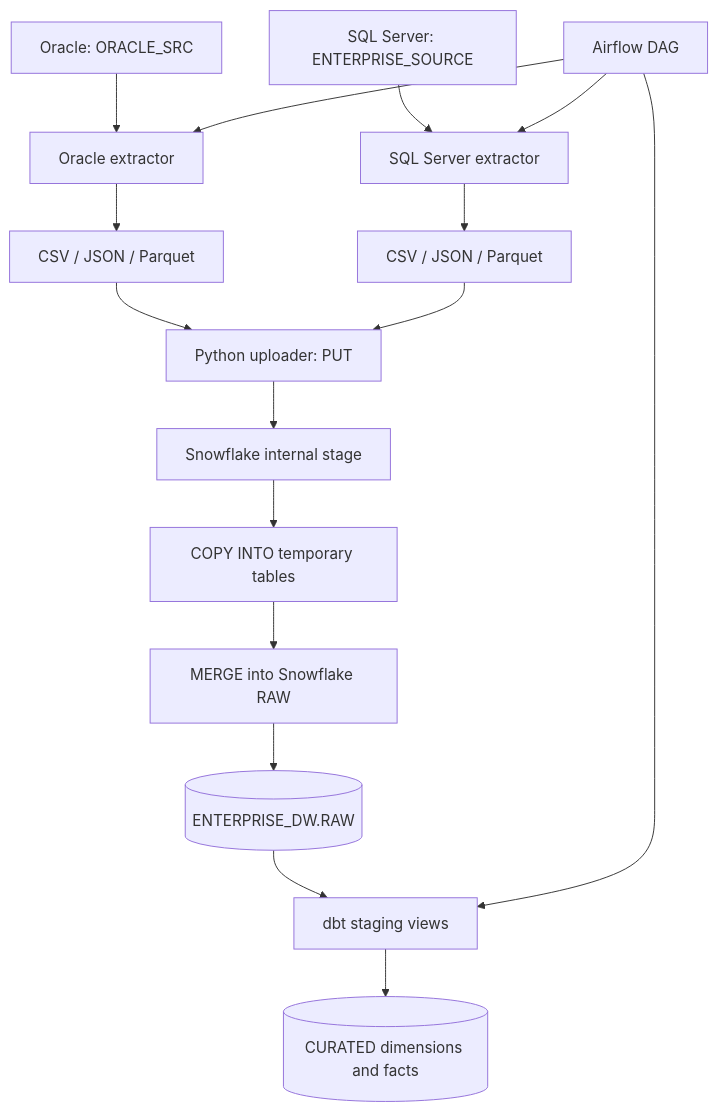
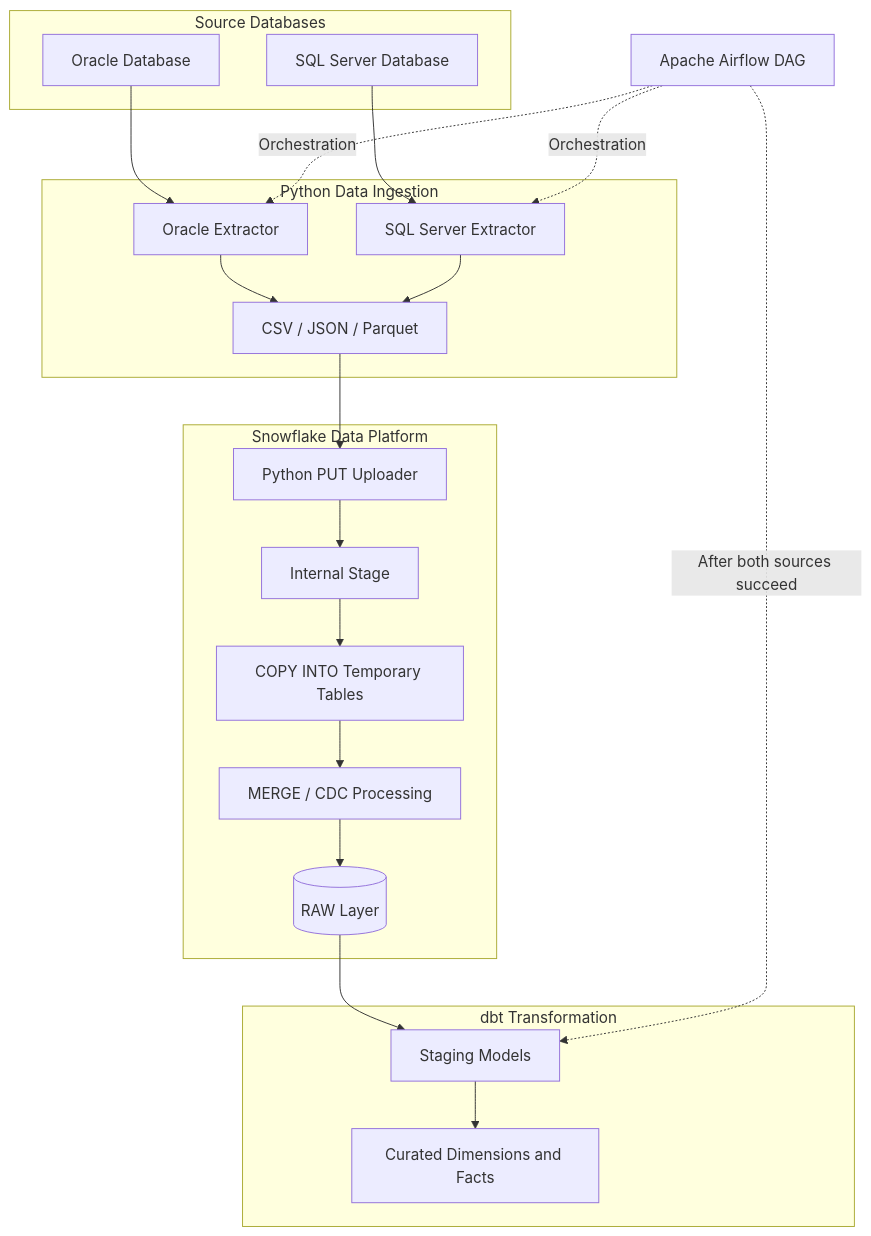
Before and after one commit to Kiran-data-lab/enterprise-multi-source-data-engineering: the diagram in README.md, drawn with Mermaid. The commit also changed other lines of this file, not shown here.

````diff
--- a/README.md
+++ b/README.md
@@ -9,18 +13,40 @@
 ```mermaid
-flowchart TD
-    O[Oracle: ORACLE_SRC] --> OE[Oracle extractor]
-    S[SQL Server: ENTERPRISE_SOURCE] --> SE[SQL Server extractor]
-    OE --> OF[CSV / JSON / Parquet]
-    SE --> SF[CSV / JSON / Parquet]
-    OF --> PUT[Python uploader: PUT]
-    SF --> PUT
-    PUT --> STG[Snowflake internal stage]
-    STG --> COPY[COPY INTO temporary tables]
-    COPY --> MERGE[MERGE into Snowflake RAW]
-    MERGE --> RAW[(ENTERPRISE_DW.RAW)]
-    RAW --> DBT[dbt staging views]
-    DBT --> MARTS[(CURATED dimensions and facts)]
-    AIR[Airflow DAG] --> OE
-    AIR --> SE
-    AIR --> DBT
+flowchart TB
+    subgraph SOURCES["Source Databases"]
+        ORA[Oracle Database]
+        SQL[SQL Server Database]
+    end
+
+    subgraph INGESTION["Python Data Ingestion"]
+        OE[Oracle Extractor]
+        SE[SQL Server Extractor]
+        FILES[CSV / JSON / Parquet]
+    end
+
+    subgraph SNOWFLAKE["Snowflake Data Platform"]
+        PUT[Python PUT Uploader]
+        STAGE[Internal Stage]
+        COPY[COPY INTO Temporary Tables]
+        MERGE[MERGE / CDC Processing]
+        RAW[(RAW Layer)]
+        PUT --> STAGE --> COPY --> MERGE --> RAW
+    end
+
+    subgraph DBT["dbt Transformation"]
+        STG[Staging Models]
+        MART[Curated Dimensions and Facts]
+        RAW --> STG --> MART
+    end
+
+    AIR[Apache Airflow DAG]
+
+    ORA --> OE
+    SQL --> SE
+    OE --> FILES
+    SE --> FILES
+    FILES --> PUT
+
+    AIR -. Orchestration .-> OE
+    AIR -. Orchestration .-> SE
+    AIR -. After both sources succeed .-> STG
 ```
````
